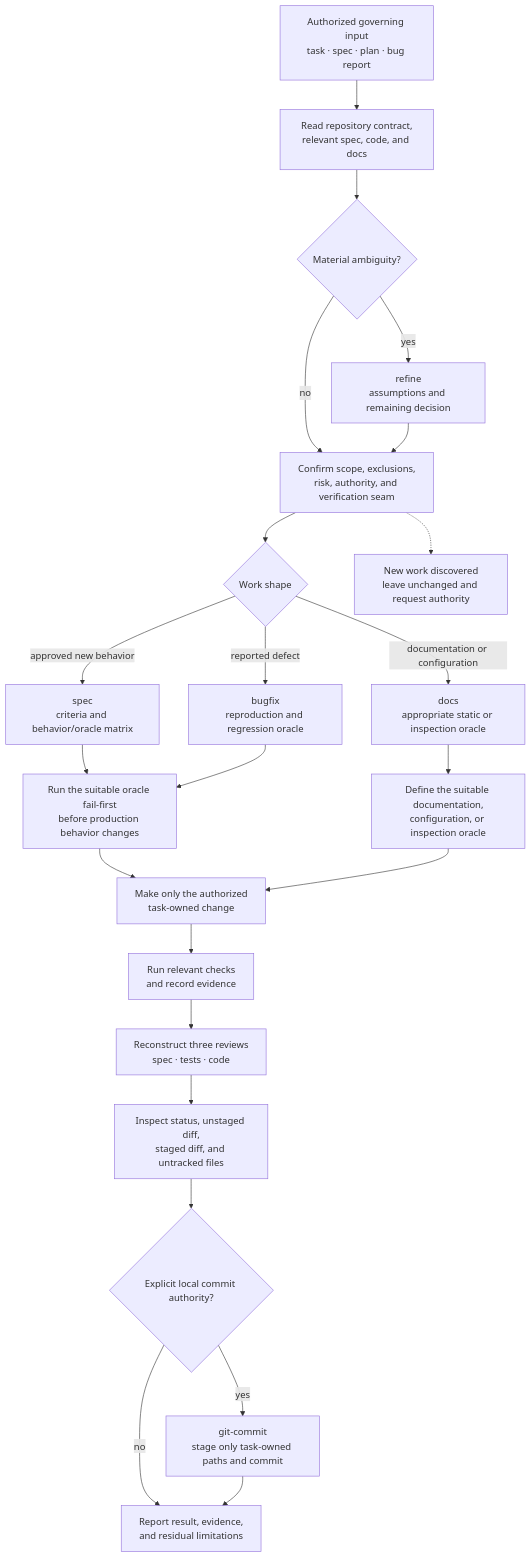
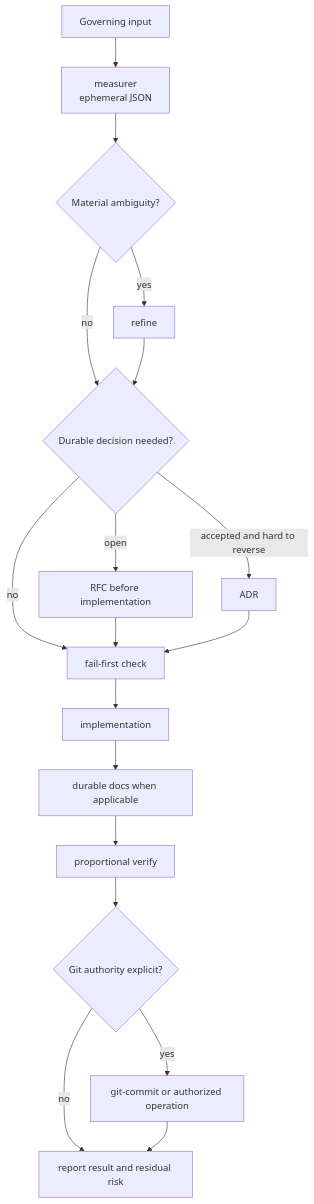
The diagram in plugins/tuxedo/skills/catalog.md (woliveiras/baseline), drawn with Mermaid before and after one commit. The commit also changed other lines of this file and 129 other files, not shown here.

````diff
--- a/plugins/tuxedo/skills/catalog.md
+++ b/plugins/tuxedo/skills/catalog.md
@@ -50,25 +15,20 @@
 ```mermaid
 flowchart TD
-    Start["Authorized governing input<br/>task · spec · plan · bug report"] --> Context["Read repository contract,<br/>relevant spec, code, and docs"]
-    Context --> Ambiguity{"Material ambiguity?"}
-    Ambiguity -->|yes| Refine["refine<br/>assumptions and remaining decision"]
-    Ambiguity -->|no| Scope["Confirm scope, exclusions,<br/>risk, authority, and verification seam"]
-    Refine --> Scope
-    Scope --> Shape{"Work shape"}
-    Shape -->|approved new behavior| Spec["spec<br/>criteria and behavior/oracle matrix"]
-    Shape -->|reported defect| Bugfix["bugfix<br/>reproduction and regression oracle"]
-    Shape -->|documentation or configuration| Docs["docs<br/>appropriate static or inspection oracle"]
-    Spec --> FailFirst["Run the suitable oracle fail-first<br/>before production behavior changes"]
-    Bugfix --> FailFirst
-    Docs --> DocsOracle["Define the suitable documentation,<br/>configuration, or inspection oracle"]
-    FailFirst --> Change["Make only the authorized<br/>task-owned change"]
-    DocsOracle --> Change
-    Change --> Evidence["Run relevant checks<br/>and record evidence"]
-    Evidence --> Reviews["Reconstruct three reviews<br/>spec · tests · code"]
-    Reviews --> Git["Inspect status, unstaged diff,<br/>staged diff, and untracked files"]
-    Git --> Authority{"Explicit local commit authority?"}
-    Authority -->|yes| Commit["git-commit<br/>stage only task-owned paths and commit"]
-    Authority -->|no| Report["Report result, evidence,<br/>and residual limitations"]
-    Commit --> Report
-    Scope -.-> Additional["New work discovered<br/>leave unchanged and request authority"]
+    Input["Governing input"] --> Measure["measurer<br/>ephemeral JSON"]
+    Measure --> Ambiguity{"Material ambiguity?"}
+    Ambiguity -->|yes| Refine["refine"]
+    Ambiguity -->|no| Decision{"Durable decision needed?"}
+    Refine --> Decision
+    Decision -->|open| RFC["RFC before implementation"]
+    Decision -->|accepted and hard to reverse| ADR["ADR"]
+    Decision -->|no| Work["fail-first check"]
+    RFC --> Work
+    ADR --> Work
+    Work --> Implement["implementation"]
+    Implement --> Durable["durable docs when applicable"]
+    Durable --> Review["proportional verify"]
+    Review --> Authority{"Git authority explicit?"}
+    Authority -->|yes| Git["git-commit or authorized operation"]
+    Authority -->|no| Report["report result and residual risk"]
+    Git --> Report
 ```
````
